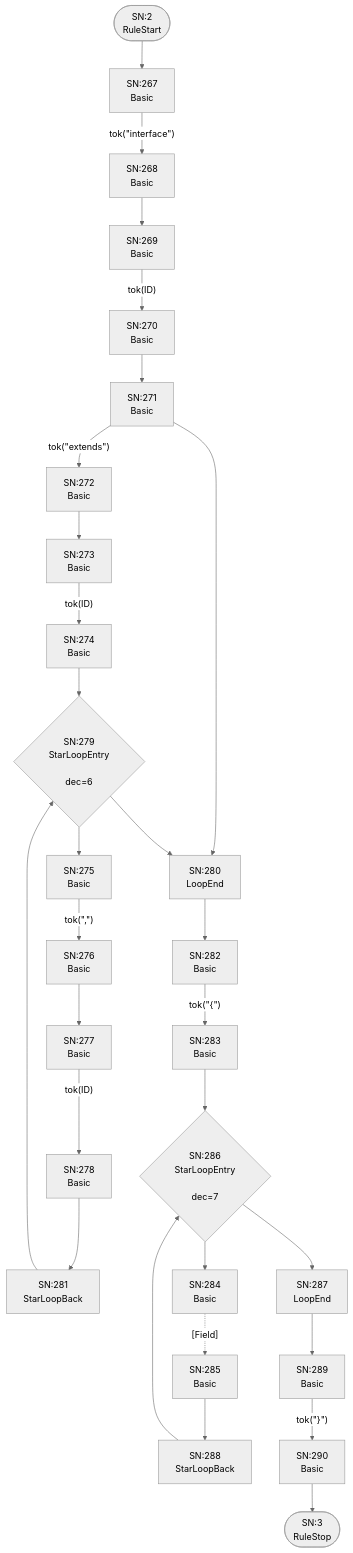
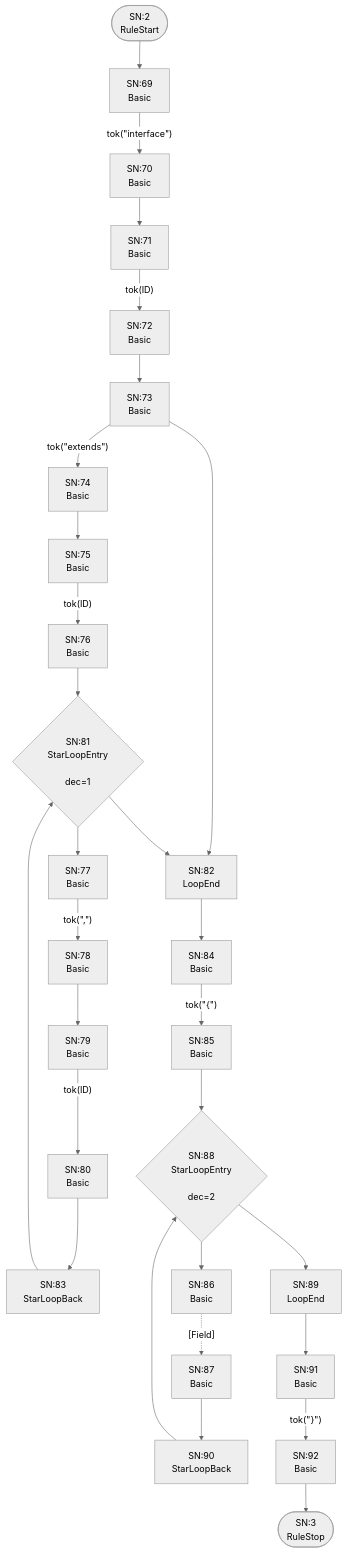
The second of 25 diagrams in internal/grammar/atn.md (TypeFox/fastbelt), drawn with Mermaid (neutral theme) before and after one commit. The commit also changed other lines of this file and 12 other files, not shown here.

````diff
--- a/internal/grammar/atn.md
+++ b/internal/grammar/atn.md
@@ -57,58 +57,58 @@
 ```mermaid
 flowchart TD
     q2(["SN:2<br/>RuleStart"])
     q3(["SN:3<br/>RuleStop"])
-    q267["SN:267<br/>Basic<br/>"]
-    q268["SN:268<br/>Basic<br/>"]
-    q269["SN:269<br/>Basic<br/>"]
-    q270["SN:270<br/>Basic<br/>"]
-    q271["SN:271<br/>Basic<br/>"]
-    q272["SN:272<br/>Basic<br/>"]
-    q273["SN:273<br/>Basic<br/>"]
-    q274["SN:274<br/>Basic<br/>"]
-    q275["SN:275<br/>Basic<br/>"]
-    q276["SN:276<br/>Basic<br/>"]
-    q277["SN:277<br/>Basic<br/>"]
-    q278["SN:278<br/>Basic<br/>"]
-    q279{"SN:279<br/>StarLoopEntry<br/><br/>dec=6"}
-    q280["SN:280<br/>LoopEnd<br/>"]
-    q281["SN:281<br/>StarLoopBack<br/>"]
-    q282["SN:282<br/>Basic<br/>"]
-    q283["SN:283<br/>Basic<br/>"]
-    q284["SN:284<br/>Basic<br/>"]
-    q285["SN:285<br/>Basic<br/>"]
-    q286{"SN:286<br/>StarLoopEntry<br/><br/>dec=7"}
-    q287["SN:287<br/>LoopEnd<br/>"]
-    q288["SN:288<br/>StarLoopBack<br/>"]
-    q289["SN:289<br/>Basic<br/>"]
-    q290["SN:290<br/>Basic<br/>"]
+    q69["SN:69<br/>Basic<br/>"]
+    q70["SN:70<br/>Basic<br/>"]
+    q71["SN:71<br/>Basic<br/>"]
+    q72["SN:72<br/>Basic<br/>"]
+    q73["SN:73<br/>Basic<br/>"]
+    q74["SN:74<br/>Basic<br/>"]
+    q75["SN:75<br/>Basic<br/>"]
+    q76["SN:76<br/>Basic<br/>"]
+    q77["SN:77<br/>Basic<br/>"]
+    q78["SN:78<br/>Basic<br/>"]
+    q79["SN:79<br/>Basic<br/>"]
+    q80["SN:80<br/>Basic<br/>"]
+    q81{"SN:81<br/>StarLoopEntry<br/><br/>dec=1"}
+    q82["SN:82<br/>LoopEnd<br/>"]
+    q83["SN:83<br/>StarLoopBack<br/>"]
+    q84["SN:84<br/>Basic<br/>"]
+    q85["SN:85<br/>Basic<br/>"]
+    q86["SN:86<br/>Basic<br/>"]
+    q87["SN:87<br/>Basic<br/>"]
+    q88{"SN:88<br/>StarLoopEntry<br/><br/>dec=2"}
+    q89["SN:89<br/>LoopEnd<br/>"]
+    q90["SN:90<br/>StarLoopBack<br/>"]
+    q91["SN:91<br/>Basic<br/>"]
+    q92["SN:92<br/>Basic<br/>"]
 
-    q2 --> q267
-    q267 -->|"tok(&quot;interface&quot;)"| q268
-    q268 --> q269
-    q269 -->|"tok(ID)"| q270
-    q270 --> q271
-    q271 -->|"tok(&quot;extends&quot;)"| q272
-    q271 --> q280
-    q272 --> q273
-    q273 -->|"tok(ID)"| q274
-    q274 --> q279
-    q275 -->|"tok(&quot;,&quot;)"| q276
-    q276 --> q277
-    q277 -->|"tok(ID)"| q278
-    q278 --> q281
-    q279 --> q275
-    q279 --> q280
-    q280 --> q282
-    q281 --> q279
-    q282 -->|"tok(&quot;{&quot;)"| q283
-    q283 --> q286
-    q284 -.->|"[Field]"| q285
-    q285 --> q288
-    q286 --> q284
-    q286 --> q287
-    q287 --> q289
-    q288 --> q286
-    q289 -->|"tok(&quot;}&quot;)"| q290
-    q290 --> q3
+    q2 --> q69
+    q69 -->|"tok(&quot;interface&quot;)"| q70
+    q70 --> q71
+    q71 -->|"tok(ID)"| q72
+    q72 --> q73
+    q73 -->|"tok(&quot;extends&quot;)"| q74
+    q73 --> q82
+    q74 --> q75
+    q75 -->|"tok(ID)"| q76
+    q76 --> q81
+    q77 -->|"tok(&quot;,&quot;)"| q78
+    q78 --> q79
+    q79 -->|"tok(ID)"| q80
+    q80 --> q83
+    q81 --> q77
+    q81 --> q82
+    q82 --> q84
+    q83 --> q81
+    q84 -->|"tok(&quot;{&quot;)"| q85
+    q85 --> q88
+    q86 -.->|"[Field]"| q87
+    q87 --> q90
+    q88 --> q86
+    q88 --> q89
+    q89 --> q91
+    q90 --> q88
+    q91 -->|"tok(&quot;}&quot;)"| q92
+    q92 --> q3
 ```
````
